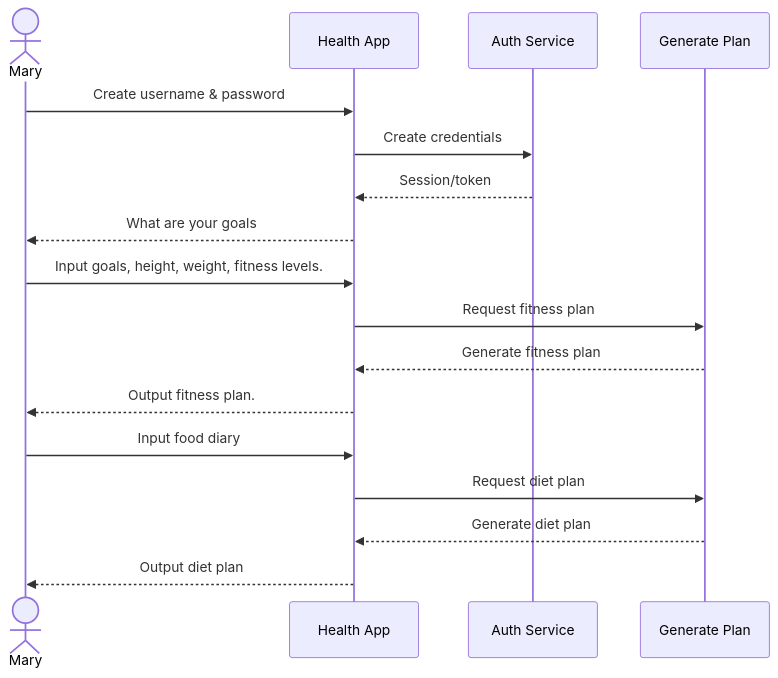
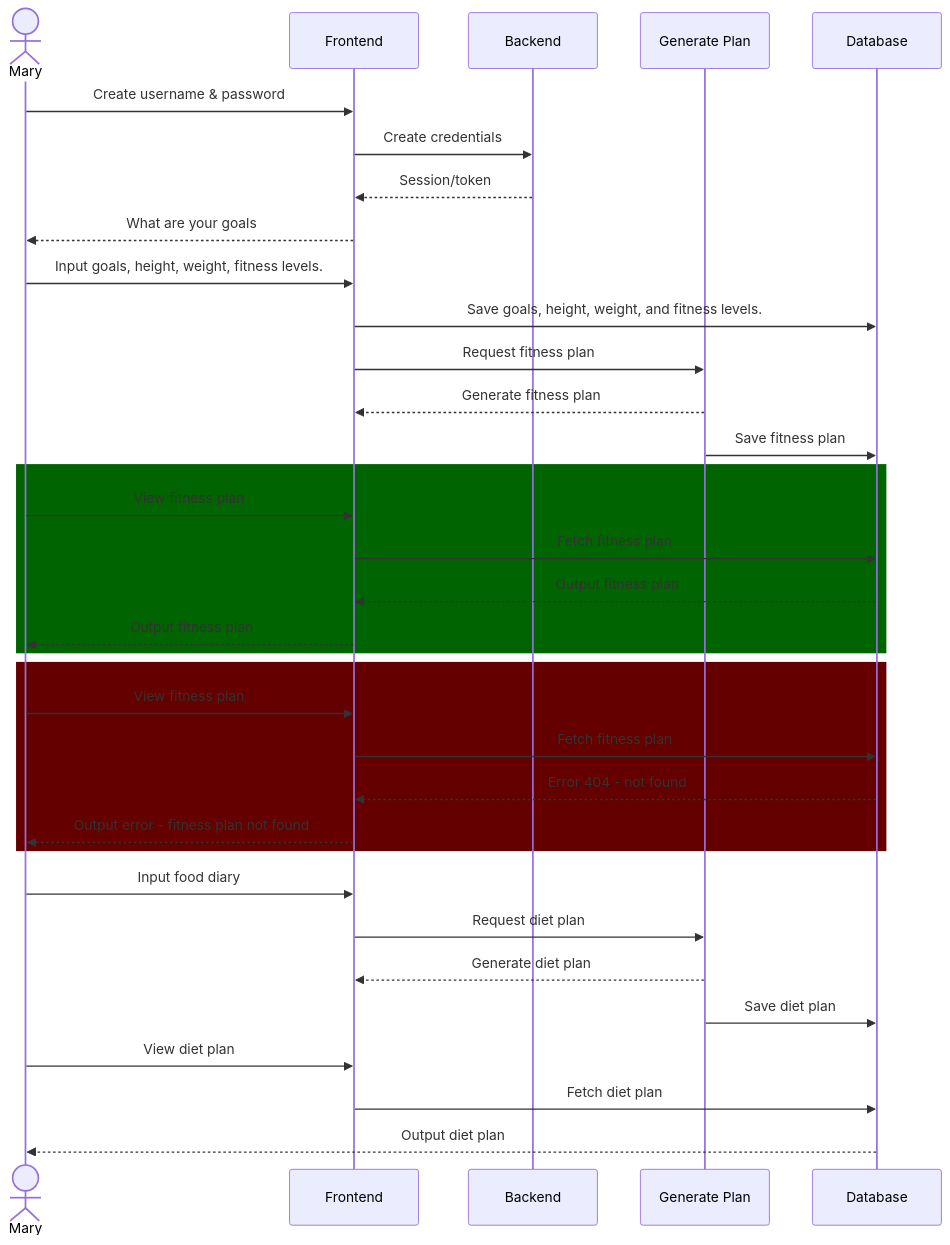
Before and after one commit to Bosco-13/cmp5012b-team: the diagram in docs/sequence-diagrams.md, drawn with Mermaid.

Commit message:
Update sequence diagram with frontend and backend interactions

````diff
--- a/docs/sequence-diagrams.md
+++ b/docs/sequence-diagrams.md
@@ -2,20 +2,42 @@
 ``` mermaid
 sequenceDiagram
     actor Mary
-    Participant Health App
-    Participant Auth Service
+    Participant Frontend
+    Participant Backend
     Participant Generate Plan
-    Mary->>Health App:  Create username & password
-    Health App->>Auth Service: Create credentials
-    Auth Service-->>Health App: Session/token
-    Health App-->>Mary: What are your goals
-    Mary->>Health App: Input goals, height, weight, fitness levels.
-    Health App->>Generate Plan: Request fitness plan
-    Generate Plan-->>Health App: Generate fitness plan
-    Health App-->>Mary: Output fitness plan.
-    Mary->>Health App: Input food diary
-    Health App->>Generate Plan: Request diet plan
-    Generate Plan-->>Health App: Generate diet plan
-    Health App-->>Mary: Output diet plan
+    Participant Database
+
+
+    Mary->>Frontend:  Create username & password
+    Frontend->>Backend: Create credentials
+    Backend-->>Frontend: Session/token
+    Frontend-->>Mary: What are your goals
+    Mary->>Frontend: Input goals, height, weight, fitness levels.
+    Frontend->>Database: Save goals, height, weight, and fitness levels.
+    Frontend->>Generate Plan: Request fitness plan
+    Generate Plan-->>Frontend: Generate fitness plan
+    Generate Plan->>Database: Save fitness plan
+
+    rect rgb(0,100,0)
+    Mary->>Frontend: View fitness plan
+    Frontend->>Database:Fetch fitness plan
+    Database-->>Frontend: Output fitness plan
+    Frontend-->>Mary: Output fitness plan
+    end
+
+    rect rgb(100,0,0)
+    Mary->>Frontend:View fitness plan
+    Frontend->>Database:Fetch fitness plan
+    Database-->>Frontend: Error 404 - not found
+    Frontend-->>Mary: Output error - fitness plan not found
+    end
+
+    Mary->>Frontend: Input food diary
+    Frontend->>Generate Plan: Request diet plan
+    Generate Plan-->>Frontend: Generate diet plan
+    Generate Plan->>Database: Save diet plan
+    Mary->>Frontend: View diet plan
+    Frontend->>Database: Fetch diet plan
+    Database-->>Mary: Output diet plan
     
 ```
````
